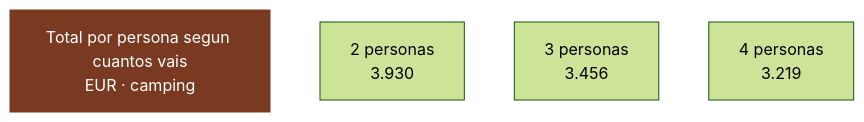
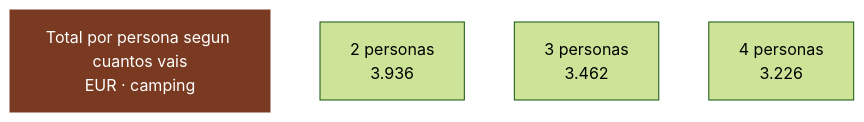
One commit to morandeirachema/namibia changed the eighth of 8 diagrams in 02-presupuesto.md. Above: the diagram before and after it, drawn with Mermaid (forest theme). The commit also changed other lines of this file and 24 other files, not shown here.

````diff
--- a/02-presupuesto.md
+++ b/02-presupuesto.md
@@ -710,11 +719,11 @@
 ```mermaid
 flowchart LR
     T["Total por persona segun cuantos vais<br/>EUR · camping"]
-    n0["2 personas<br/>3.930"]
-    n1["3 personas<br/>3.456"]
-    n2["4 personas<br/>3.219"]
+    n0["2 personas<br/>3.936"]
+    n1["3 personas<br/>3.462"]
+    n2["4 personas<br/>3.226"]
     T ~~~ n0
     n0 ~~~ n1
     n1 ~~~ n2
     style T fill:#7a3a22,color:#fff,stroke:#7a3a22
 ```
````
